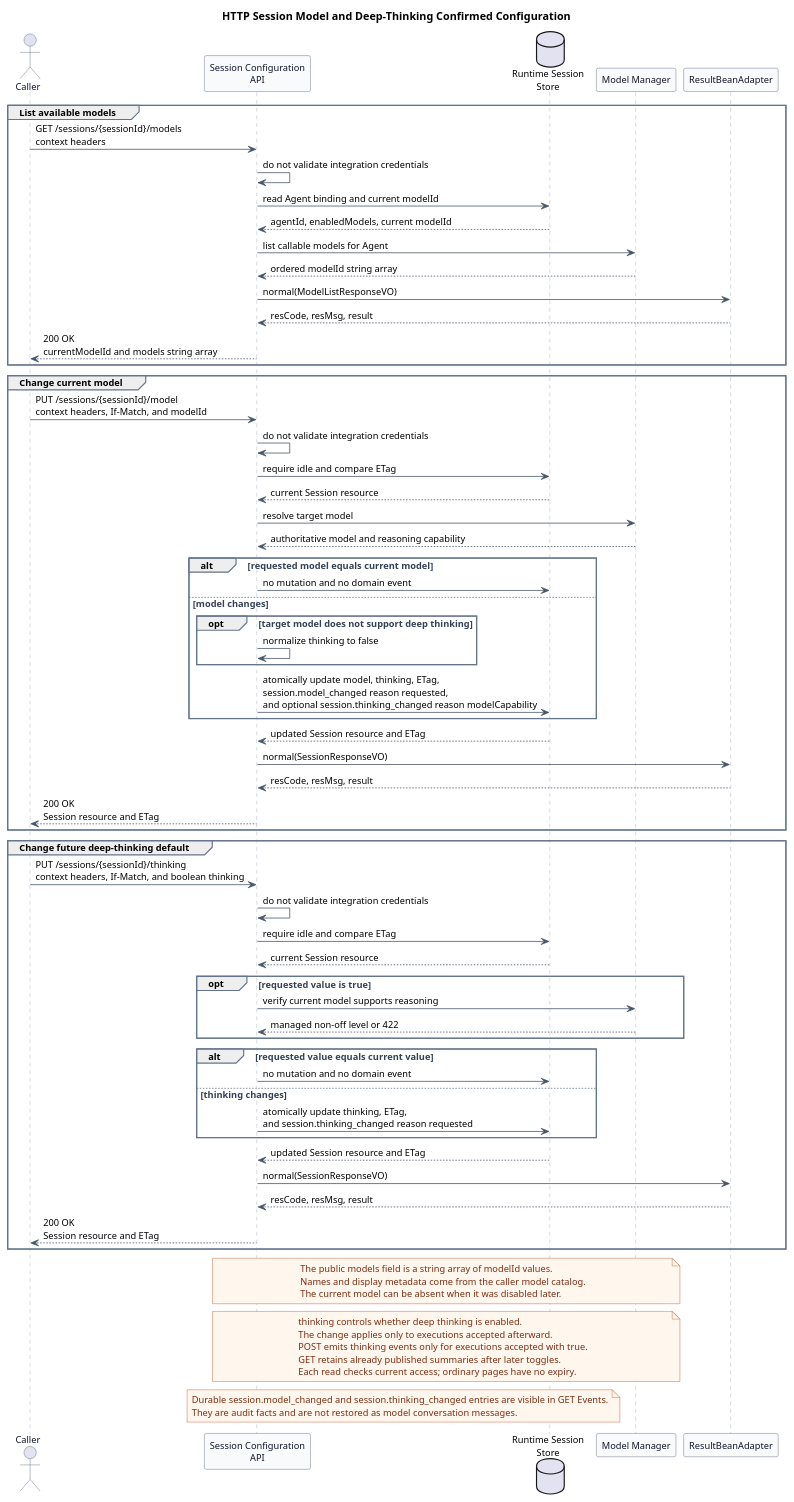
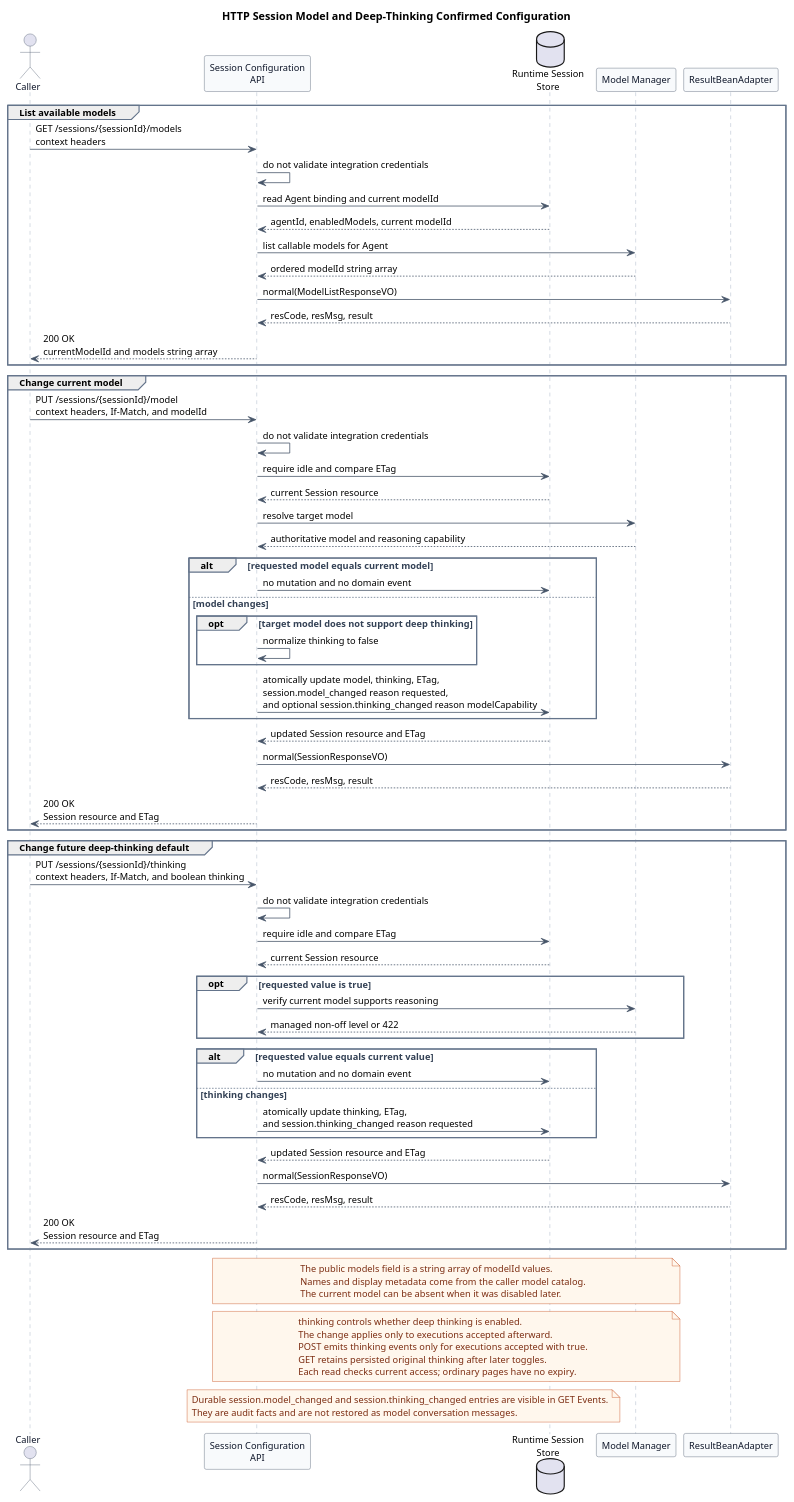
Before and after one commit to ssm0808/pi-mono-java-design: the diagram in 01-总体架构/01-CampusClaw多Agent运行时/设计图/会话配置/diagram.puml, drawn with PlantUML. The commit also changed 37 other files, not shown here.

```diff
--- a/01-总体架构/01-CampusClaw多Agent运行时/设计图/会话配置/diagram.puml
+++ b/01-总体架构/01-CampusClaw多Agent运行时/设计图/会话配置/diagram.puml
@@ -1,129 +1,129 @@
 @startuml http_session_model_configuration
 title HTTP Session Model and Deep-Thinking Confirmed Configuration
 
 ' Source evidence (pi-mono commit 5cd93f688aaab89dbb6dfa4aca535f21796ae185):
 ' packages/coding-agent/src/core/agent-session.ts, setModel and setThinkingLevel,
 ' lines 1586-1600 and 1684-1730
 ' packages/ai/src/types.ts, Model, lines 793-809
 ' packages/ai/src/models.ts, getSupportedThinkingLevels, lines 900-910
 ' Source evidence (pi-mono-java PR 167 f60cc3e78bb8b700527ac082c7c8e10524ede095):
 ' modules/coding-agent-cli/src/main/java/com/campusclaw/codingagent/runtimeapi/session/RuntimeSessionConfigurationService.java.
 ' modules/coding-agent-cli/src/main/java/com/campusclaw/codingagent/runtimeapi/web/RuntimeSessionConfigurationController.java.
 ' modules/coding-agent-cli/src/main/java/com/campusclaw/codingagent/runtimeapi/model/CatalogRuntimeModelManager.java.
 ' Source evidence (pi-mono-java PR 167 f60cc3e78bb8b700527ac082c7c8e10524ede095):
 ' modules/coding-agent-cli/src/main/java/com/campusclaw/codingagent/runtimeapi/vo/AvailableModelsResponseVO.java.
 ' modules/coding-agent-cli/src/main/java/com/campusclaw/codingagent/runtimeapi/vo/ChangeModelRequestVO.java.
 ' Observed behavior: current Java paths and model fields are snake_case.
 ' Observed behavior: both pi baselines can list models and change the active model.
 ' Their thinkingLevel values control model reasoning effort.
 ' Confirmed product constraint: HTTP thinking is a boolean deep-thinking switch; false maps to off,
 ' while true maps to a managed non-off level supported by the current model and Agent.
 ' Security hardening: model discovery is Session-scoped and exposes only modelId.
-' Architecture change: HTTP configuration writes require an idle Session and a matching ETag.
-' Architecture change: B05 retains published summaries; future thinking changes do not hide history.
+' Architecture change: HTTP configuration writes require an idle Session and a matching ETag. Thinking target: user decision 2026-09-09 removes summary gating; Java 4cc8dd86 modules/coding-agent-cli/src/main/java/com/campusclaw/codingagent/runtimeapi/event/RuntimeV2EventProjector.java projectThinking still filters publicSummary.
+' Architecture change: The 2026-09-09 decision retains original thinking; future thinking changes do not hide history.
 ' Architecture change: actual configuration changes append durable domain events in the same transaction.
 ' Architecture change: target HTTP fields use lowerCamelCase while If-Match keeps its header spelling.
 ' Product constraint: all Runtime operations carry integration-context headers without local validation.
 ' Design reason: prevent a configuration change from racing with an active execution while
 ' returning the common Session resource after every successful mutation.
 
 skinparam backgroundColor #FFFFFF
 skinparam shadowing false
 skinparam defaultFontName Arial
 skinparam defaultFontSize 12
 skinparam sequence {
   ArrowColor #475569
   ActorBorderColor #475569
   ActorFontColor #0F172A
   LifeLineBorderColor #94A3B8
   LifeLineBackgroundColor #F8FAFC
   ParticipantBorderColor #475569
   ParticipantBackgroundColor #F8FAFC
   ParticipantFontColor #0F172A
   GroupBorderColor #64748B
   GroupFontColor #334155
 }
 skinparam note {
   BackgroundColor #FFF7ED
   BorderColor #C2410C
   FontColor #7C2D12
 }
 
 actor Caller
 participant "Session Configuration\nAPI" as API
 database "Runtime Session\nStore" as Store
 participant "Model Manager" as Models
 participant ResultBeanAdapter
 
 group List available models
   Caller -> API : GET /sessions/{sessionId}/models\ncontext headers
   API -> API : do not validate integration credentials
   API -> Store : read Agent binding and current modelId
   Store --> API : agentId, enabledModels, current modelId
   API -> Models : list callable models for Agent
   Models --> API : ordered modelId string array
   API -> ResultBeanAdapter : normal(ModelListResponseVO)
   ResultBeanAdapter --> API : resCode, resMsg, result
   API --> Caller : 200 OK\ncurrentModelId and models string array
 end
 
 group Change current model
   Caller -> API : PUT /sessions/{sessionId}/model\ncontext headers, If-Match, and modelId
   API -> API : do not validate integration credentials
   API -> Store : require idle and compare ETag
   Store --> API : current Session resource
   API -> Models : resolve target model
   Models --> API : authoritative model and reasoning capability
   alt requested model equals current model
     API -> Store : no mutation and no domain event
   else model changes
     opt target model does not support deep thinking
       API -> API : normalize thinking to false
     end
     API -> Store : atomically update model, thinking, ETag,\nsession.model_changed reason requested,\nand optional session.thinking_changed reason modelCapability
   end
   Store --> API : updated Session resource and ETag
   API -> ResultBeanAdapter : normal(SessionResponseVO)
   ResultBeanAdapter --> API : resCode, resMsg, result
   API --> Caller : 200 OK\nSession resource and ETag
 end
 
 group Change future deep-thinking default
   Caller -> API : PUT /sessions/{sessionId}/thinking\ncontext headers, If-Match, and boolean thinking
   API -> API : do not validate integration credentials
   API -> Store : require idle and compare ETag
   Store --> API : current Session resource
   opt requested value is true
     API -> Models : verify current model supports reasoning
     Models --> API : managed non-off level or 422
   end
   alt requested value equals current value
     API -> Store : no mutation and no domain event
   else thinking changes
     API -> Store : atomically update thinking, ETag,\nand session.thinking_changed reason requested
   end
   Store --> API : updated Session resource and ETag
   API -> ResultBeanAdapter : normal(SessionResponseVO)
   ResultBeanAdapter --> API : resCode, resMsg, result
   API --> Caller : 200 OK\nSession resource and ETag
 end
 
 note over API,Models
 The public models field is a string array of modelId values.
 Names and display metadata come from the caller model catalog.
 The current model can be absent when it was disabled later.
 end note
 
 note over API,Models
 thinking controls whether deep thinking is enabled.
 The change applies only to executions accepted afterward.
 POST emits thinking events only for executions accepted with true.
-GET retains already published summaries after later toggles.
+GET retains persisted original thinking after later toggles.
 Each read checks current access; ordinary pages have no expiry.
 end note
 
 note over API,Store
 Durable session.model_changed and session.thinking_changed entries are visible in GET Events.
 They are audit facts and are not restored as model conversation messages.
 end note
 @enduml
```
